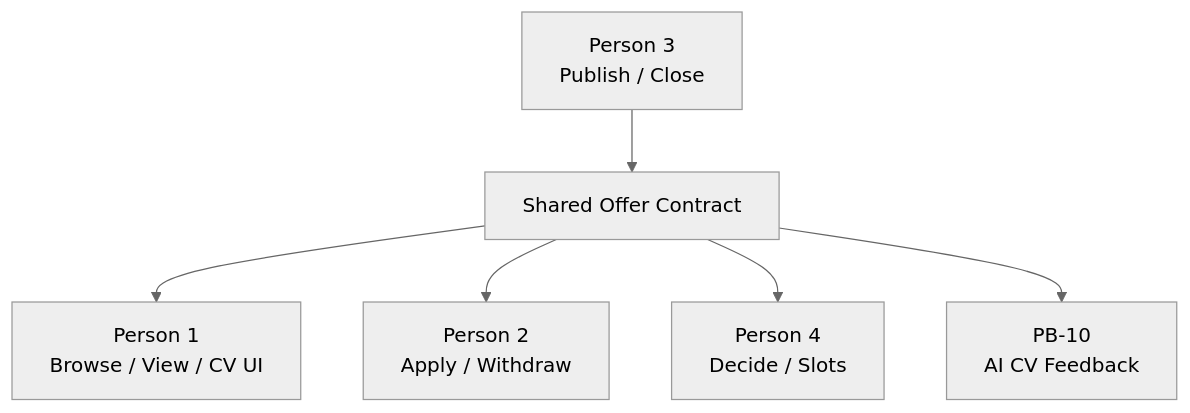
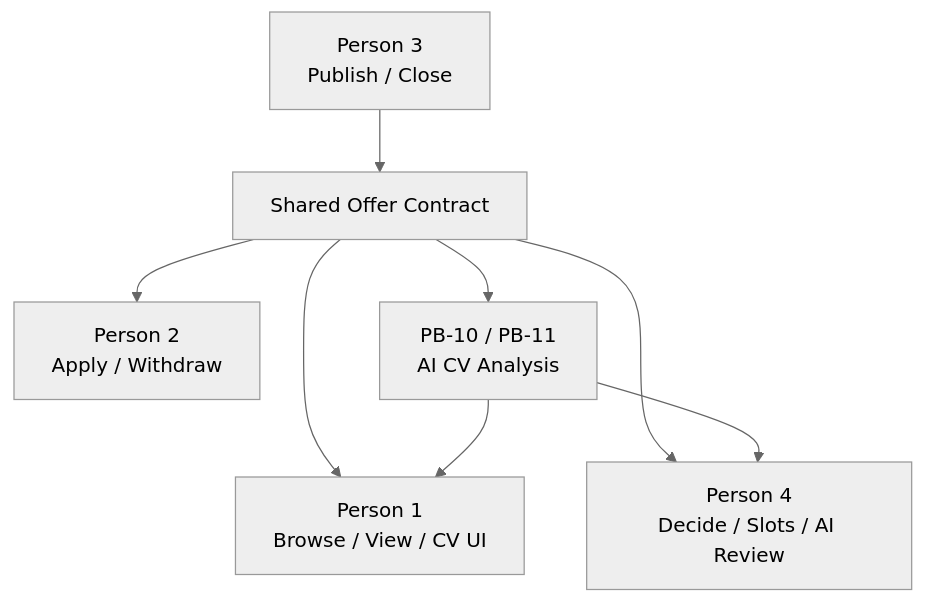
One commit to roberta34/InternHub changed the first of 6 diagrams in README.md. Above: the diagram before and after it, drawn with Mermaid (neutral theme). The commit also changed other lines of this file, not shown here.

````diff
--- a/README.md
+++ b/README.md
@@ -314,16 +344,18 @@
 ```mermaid
 flowchart TD
     OFFER["Shared Offer Contract"]
 
     P1["Person 1<br/>Browse / View / CV UI"]
     P2["Person 2<br/>Apply / Withdraw"]
     P3["Person 3<br/>Publish / Close"]
-    P4["Person 4<br/>Decide / Slots"]
-    AI["PB-10<br/>AI CV Feedback"]
+    P4["Person 4<br/>Decide / Slots / AI Review"]
+    AI["PB-10 / PB-11<br/>AI CV Analysis"]
 
     OFFER --> P1
     OFFER --> P2
     OFFER --> P4
     OFFER --> AI
+    AI --> P1
+    AI --> P4
     P3 --> OFFER
 ```
````
